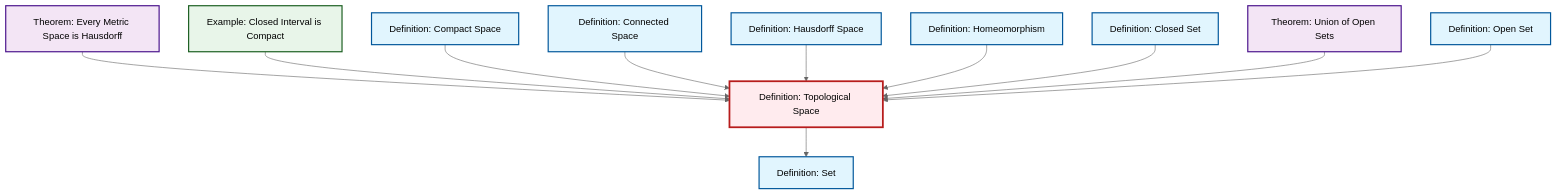
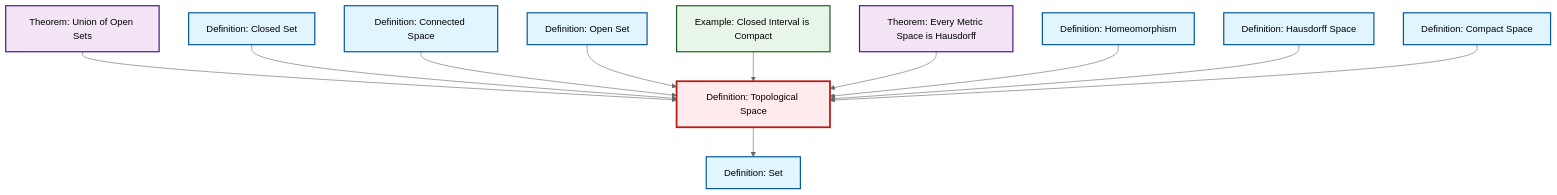
One commit to RK0429/ModernMath changed the diagram in content/ja/topology/def-topological-space.qmd. Above: the diagram before and after it, drawn with Mermaid (neutral theme). The commit also changed other lines of this file and 615 other files, not shown here.

````diff
--- a/content/ja/topology/def-topological-space.qmd
+++ b/content/ja/topology/def-topological-space.qmd
@@ -60,41 +60,41 @@
 ```{mermaid}
 %%| fig-cap: "Local dependency graph"
 graph TD
     classDef definition fill:#e1f5fe,stroke:#01579b,stroke-width:2px
     classDef theorem fill:#f3e5f5,stroke:#4a148c,stroke-width:2px
     classDef axiom fill:#fff3e0,stroke:#e65100,stroke-width:2px
     classDef example fill:#e8f5e9,stroke:#1b5e20,stroke-width:2px
     classDef current fill:#ffebee,stroke:#b71c1c,stroke-width:3px
+    def-closed-set["Definition: Closed Set"]:::definition
+    def-hausdorff["Definition: Hausdorff Space"]:::definition
+    def-set["Definition: Set"]:::definition
     ex-closed-interval-compact["Example: Closed Interval is Compact"]:::example
+    def-open-set["Definition: Open Set"]:::definition
+    thm-union-open-sets["Theorem: Union of Open Sets"]:::theorem
+    def-compact["Definition: Compact Space"]:::definition
+    def-connected["Definition: Connected Space"]:::definition
+    def-homeomorphism["Definition: Homeomorphism"]:::definition
     thm-metric-hausdorff["Theorem: Every Metric Space is Hausdorff"]:::theorem
-    def-open-set["Definition: Open Set"]:::definition
-    def-set["Definition: Set"]:::definition
-    def-homeomorphism["Definition: Homeomorphism"]:::definition
-    thm-union-open-sets["Theorem: Union of Open Sets"]:::theorem
-    def-connected["Definition: Connected Space"]:::definition
-    def-closed-set["Definition: Closed Set"]:::definition
     def-topological-space["Definition: Topological Space"]:::definition
-    def-hausdorff["Definition: Hausdorff Space"]:::definition
-    def-compact["Definition: Compact Space"]:::definition
+    thm-union-open-sets --> def-topological-space
+    def-closed-set --> def-topological-space
+    def-connected --> def-topological-space
+    def-open-set --> def-topological-space
+    ex-closed-interval-compact --> def-topological-space
     thm-metric-hausdorff --> def-topological-space
+    def-homeomorphism --> def-topological-space
+    def-hausdorff --> def-topological-space
     def-topological-space --> def-set
-    ex-closed-interval-compact --> def-topological-space
     def-compact --> def-topological-space
-    def-connected --> def-topological-space
-    def-hausdorff --> def-topological-space
-    def-homeomorphism --> def-topological-space
-    def-closed-set --> def-topological-space
-    thm-union-open-sets --> def-topological-space
-    def-open-set --> def-topological-space
     class def-topological-space current
-    click ex-closed-interval-compact "ex-closed-interval-compact.html" "Example: Closed Interval is Compactへ"
-    click thm-metric-hausdorff "thm-metric-hausdorff.html" "Theorem: Every Metric Space is Hausdorffへ"
-    click def-open-set "def-open-set.html" "Definition: Open Setへ"
-    click def-set "def-set.html" "Definition: Setへ"
-    click def-homeomorphism "def-homeomorphism.html" "Definition: Homeomorphismへ"
-    click thm-union-open-sets "thm-union-open-sets.html" "Theorem: Union of Open Setsへ"
-    click def-connected "def-connected.html" "Definition: Connected Spaceへ"
     click def-closed-set "def-closed-set.html" "Definition: Closed Setへ"
     click def-hausdorff "def-hausdorff.html" "Definition: Hausdorff Spaceへ"
+    click def-set "def-set.html" "Definition: Setへ"
+    click ex-closed-interval-compact "ex-closed-interval-compact.html" "Example: Closed Interval is Compactへ"
+    click def-open-set "def-open-set.html" "Definition: Open Setへ"
+    click thm-union-open-sets "thm-union-open-sets.html" "Theorem: Union of Open Setsへ"
     click def-compact "def-compact.html" "Definition: Compact Spaceへ"
+    click def-connected "def-connected.html" "Definition: Connected Spaceへ"
+    click def-homeomorphism "def-homeomorphism.html" "Definition: Homeomorphismへ"
+    click thm-metric-hausdorff "thm-metric-hausdorff.html" "Theorem: Every Metric Space is Hausdorffへ"
 ```
````
